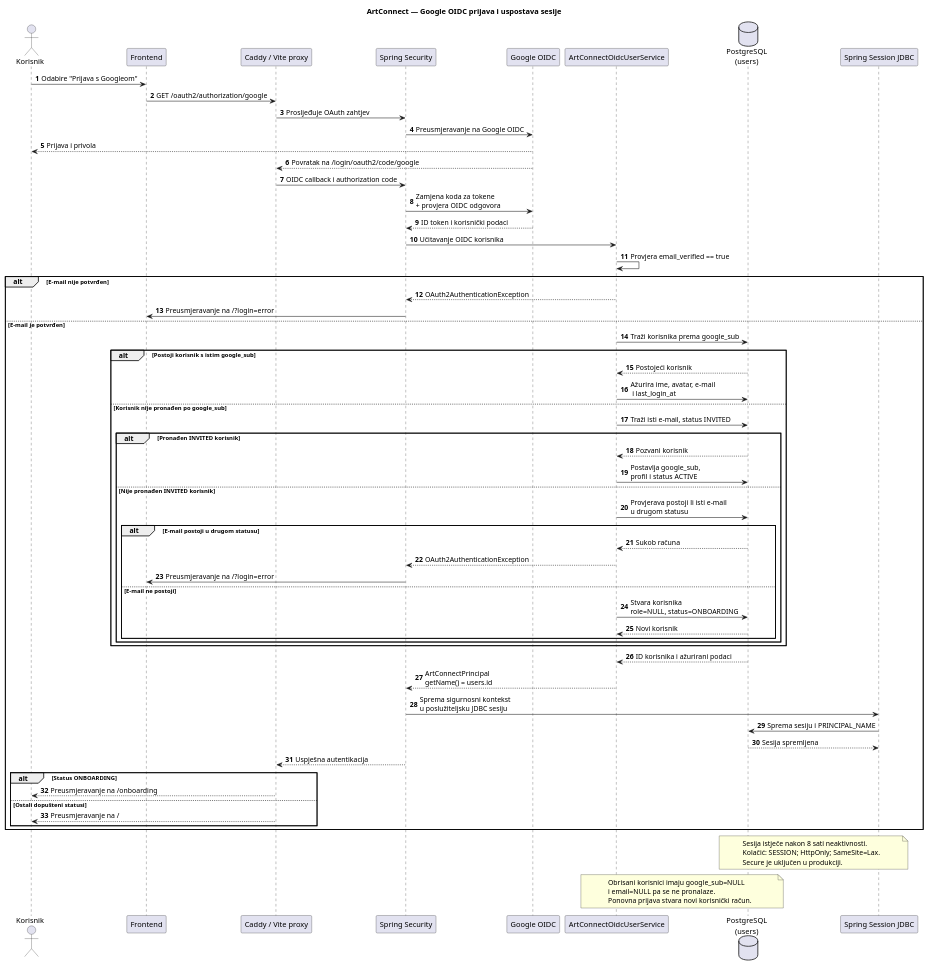
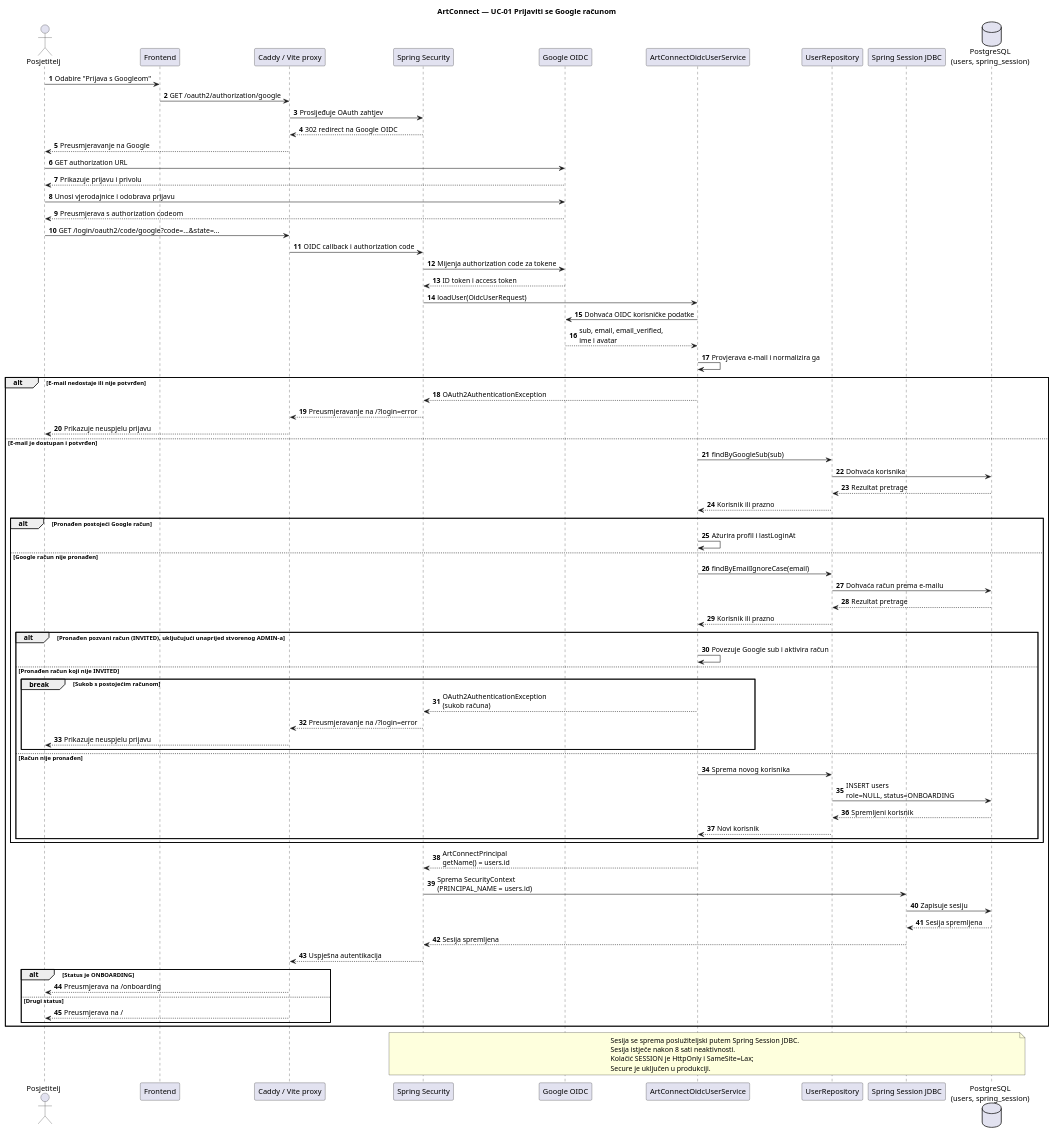
One commit to LD05-fk/Strumfovi changed the diagram in docs/puml/4-4-artconnect-google-login-SD.puml. Above: the diagram before and after it, drawn with PlantUML. The commit also changed other lines of this file and 11 other files, not shown here.

```diff
--- a/docs/puml/4-4-artconnect-google-login-SD.puml
+++ b/docs/puml/4-4-artconnect-google-login-SD.puml
@@ -2,79 +1,88 @@
 @startuml
-title ArtConnect — Google OIDC prijava i uspostava sesije
+title ArtConnect — UC-01 Prijaviti se Google računom
 
 autonumber
 
-actor "Korisnik" as User
+actor "Posjetitelj" as User
 participant "Frontend" as FE
 participant "Caddy / Vite proxy" as Proxy
 participant "Spring Security" as Security
 participant "Google OIDC" as Google
 participant "ArtConnectOidcUserService" as OidcService
-database "PostgreSQL\n(users)" as DB
+participant "UserRepository" as UserRepository
 participant "Spring Session JDBC" as Session
+database "PostgreSQL\n(users, spring_session)" as DB
 
 User -> FE: Odabire "Prijava s Googleom"
 FE -> Proxy: GET /oauth2/authorization/google
 Proxy -> Security: Prosljeđuje OAuth zahtjev
-Security -> Google: Preusmjeravanje na Google OIDC
-Google --> User: Prijava i privola
-Google --> Proxy: Povratak na /login/oauth2/code/google
+Security --> Proxy: 302 redirect na Google OIDC
+Proxy --> User: Preusmjeravanje na Google
+User -> Google: GET authorization URL
+Google --> User: Prikazuje prijavu i privolu
+User -> Google: Unosi vjerodajnice i odobrava prijavu
+Google --> User: Preusmjerava s authorization codeom
+User -> Proxy: GET /login/oauth2/code/google?code=...&state=...
 Proxy -> Security: OIDC callback i authorization code
-Security -> Google: Zamjena koda za tokene\n+ provjera OIDC odgovora
-Google --> Security: ID token i korisnički podaci
-Security -> OidcService: Učitavanje OIDC korisnika
+Security -> Google: Mijenja authorization code za tokene
+Google --> Security: ID token i access token
+Security -> OidcService: loadUser(OidcUserRequest)
+OidcService -> Google: Dohvaća OIDC korisničke podatke
+Google --> OidcService: sub, email, email_verified,\nime i avatar
 
-OidcService -> OidcService: Provjera email_verified == true
+OidcService -> OidcService: Provjerava e-mail i normalizira ga
+alt E-mail nedostaje ili nije potvrđen
+    OidcService --> Security: OAuth2AuthenticationException
+    Security --> Proxy: Preusmjeravanje na /?login=error
+    Proxy --> User: Prikazuje neuspjelu prijavu
+else E-mail je dostupan i potvrđen
+    OidcService -> UserRepository: findByGoogleSub(sub)
+    UserRepository -> DB: Dohvaća korisnika
+    DB --> UserRepository: Rezultat pretrage
+    UserRepository --> OidcService: Korisnik ili prazno
 
-alt E-mail nije potvrđen
-    OidcService --> Security: OAuth2AuthenticationException
-    Security -> FE: Preusmjeravanje na /?login=error
-else E-mail je potvrđen
-    OidcService -> DB: Traži korisnika prema google_sub
-    alt Postoji korisnik s istim google_sub
-        DB --> OidcService: Postojeći korisnik
-        OidcService -> DB: Ažurira ime, avatar, e-mail\n i last_login_at
-    else Korisnik nije pronađen po google_sub
-        OidcService -> DB: Traži isti e-mail, status INVITED
-        alt Pronađen INVITED korisnik
-            DB --> OidcService: Pozvani korisnik
-            OidcService -> DB: Postavlja google_sub,\nprofil i status ACTIVE
-        else Nije pronađen INVITED korisnik
-            OidcService -> DB: Provjerava postoji li isti e-mail\nu drugom statusu
-            alt E-mail postoji u drugom statusu
-                DB --> OidcService: Sukob računa
-                OidcService --> Security: OAuth2AuthenticationException
-                Security -> FE: Preusmjeravanje na /?login=error
-            else E-mail ne postoji
-                OidcService -> DB: Stvara korisnika\nrole=NULL, status=ONBOARDING
-                DB --> OidcService: Novi korisnik
+    alt Pronađen postojeći Google račun
+        OidcService -> OidcService: Ažurira profil i lastLoginAt
+    else Google račun nije pronađen
+        OidcService -> UserRepository: findByEmailIgnoreCase(email)
+        UserRepository -> DB: Dohvaća račun prema e-mailu
+        DB --> UserRepository: Rezultat pretrage
+        UserRepository --> OidcService: Korisnik ili prazno
+
+        alt Pronađen pozvani račun (INVITED), uključujući unaprijed stvorenog ADMIN-a
+            OidcService -> OidcService: Povezuje Google sub i aktivira račun
+        else Pronađen račun koji nije INVITED
+            break Sukob s postojećim računom
+            OidcService --> Security: OAuth2AuthenticationException\n(sukob računa)
+            Security --> Proxy: Preusmjeravanje na /?login=error
+            Proxy --> User: Prikazuje neuspjelu prijavu
             end
+        else Račun nije pronađen
+            OidcService -> UserRepository: Sprema novog korisnika
+            UserRepository -> DB: INSERT users\nrole=NULL, status=ONBOARDING
+            DB --> UserRepository: Spremljeni korisnik
+            UserRepository --> OidcService: Novi korisnik
         end
     end
 
-    DB --> OidcService: ID korisnika i ažurirani podaci
     OidcService --> Security: ArtConnectPrincipal\ngetName() = users.id
-    Security -> Session: Sprema sigurnosni kontekst\nu poslužiteljsku JDBC sesiju
-    Session -> DB: Sprema sesiju i PRINCIPAL_NAME
+    Security -> Session: Sprema SecurityContext\n(PRINCIPAL_NAME = users.id)
+    Session -> DB: Zapisuje sesiju
     DB --> Session: Sesija spremljena
+    Session --> Security: Sesija spremljena
     Security --> Proxy: Uspješna autentikacija
-    alt Status ONBOARDING
-        Proxy --> User: Preusmjeravanje na /onboarding
-    else Ostali dopušteni statusi
-        Proxy --> User: Preusmjeravanje na /
+    alt Status je ONBOARDING
+        Proxy --> User: Preusmjerava na /onboarding
+    else Drugi status
+        Proxy --> User: Preusmjerava na /
     end
 end
 
-note over Session,DB
+note over Security,DB
+Sesija se sprema poslužiteljski putem Spring Session JDBC.
 Sesija istječe nakon 8 sati neaktivnosti.
-Kolačić: SESSION; HttpOnly; SameSite=Lax.
+Kolačić SESSION je HttpOnly i SameSite=Lax;
 Secure je uključen u produkciji.
 end note
 
-note over OidcService,DB
-Obrisani korisnici imaju google_sub=NULL
-i email=NULL pa se ne pronalaze.
-Ponovna prijava stvara novi korisnički račun.
-end note
-
 @enduml
```
